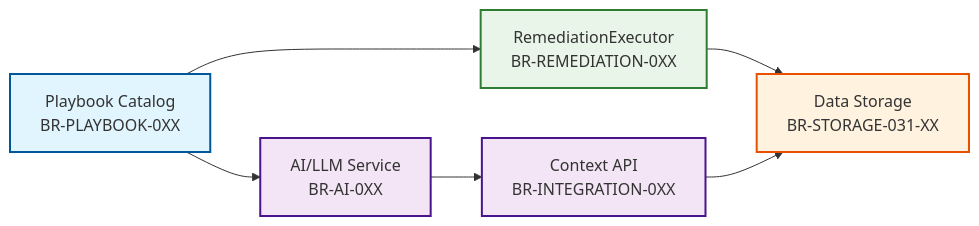
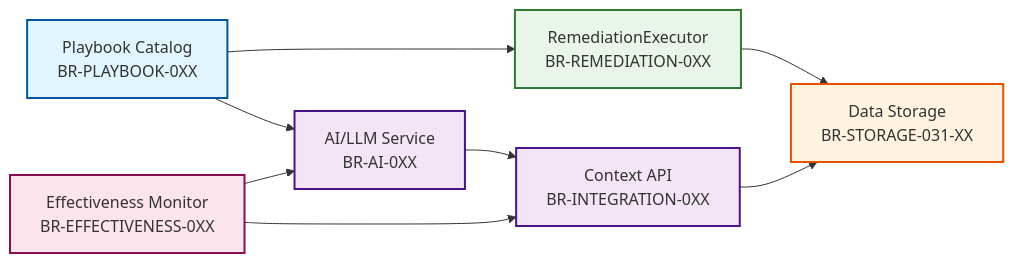
One commit to jordigilh/kubernaut changed the diagram in docs/architecture/decisions/ADR-033-CROSS-SERVICE-BRS.md. Above: the diagram before and after it, drawn with Mermaid. The commit also changed other lines of this file and 44 other files, not shown here.

First line of the commit message:
docs(adr-033,adr-034): BR Template + Effectiveness Monitor + Backward Compat Clarification

````diff
--- a/docs/architecture/decisions/ADR-033-CROSS-SERVICE-BRS.md
+++ b/docs/architecture/decisions/ADR-033-CROSS-SERVICE-BRS.md
@@ -471,20 +550,25 @@
 ```mermaid
 graph LR
     PC[Playbook Catalog<br/>BR-PLAYBOOK-0XX] --> RE[RemediationExecutor<br/>BR-REMEDIATION-0XX]
     PC --> AI[AI/LLM Service<br/>BR-AI-0XX]
-    
+
     RE --> DS[Data Storage<br/>BR-STORAGE-031-XX]
-    
+
     CA[Context API<br/>BR-INTEGRATION-0XX] --> DS
     AI --> CA
-    
+
+    EM[Effectiveness Monitor<br/>BR-EFFECTIVENESS-0XX] --> CA
+    EM --> AI
+
     classDef catalog fill:#e1f5fe,stroke:#01579b,stroke-width:2px
     classDef execution fill:#e8f5e8,stroke:#2e7d32,stroke-width:2px
     classDef storage fill:#fff3e0,stroke:#e65100,stroke-width:2px
     classDef integration fill:#f3e5f5,stroke:#4a148c,stroke-width:2px
-    
+    classDef monitoring fill:#fce4ec,stroke:#880e4f,stroke-width:2px
+
     class PC catalog
     class RE execution
     class DS storage
     class CA,AI integration
+    class EM monitoring
 ```
````
